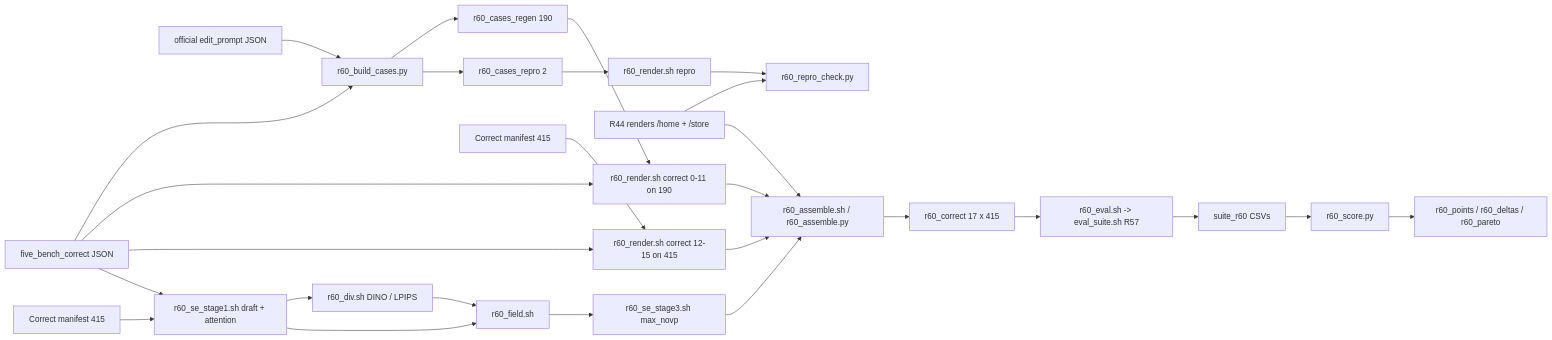
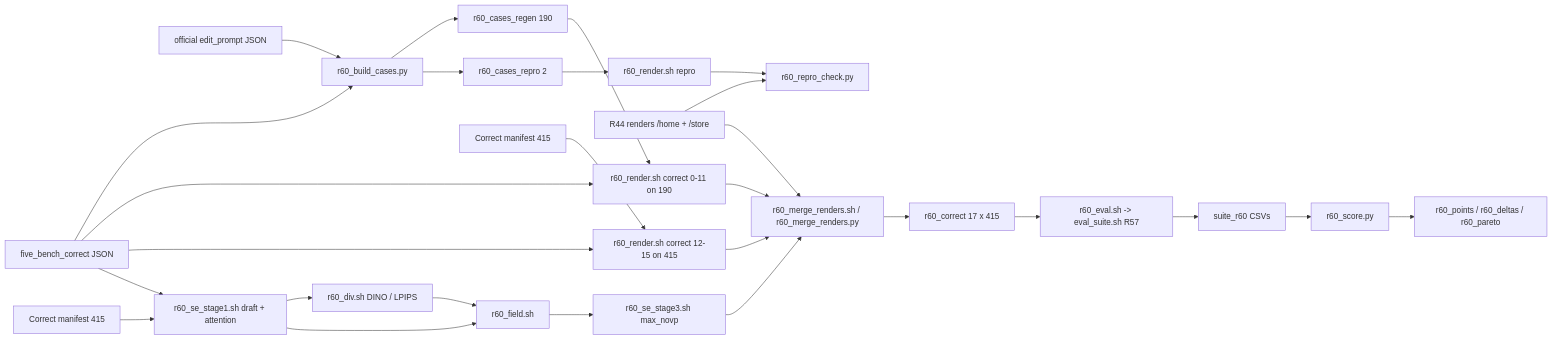
One commit to skhairi2k/StreamEdit_new changed the diagram in .claude/plans/r60-streamedit-text-only-five-correct_83505e30.plan.md. Above: the diagram before and after it, drawn with Mermaid. The commit also changed other lines of this file and 27 other files, not shown here.

````diff
--- a/.claude/plans/r60-streamedit-text-only-five-correct_83505e30.plan.md
+++ b/.claude/plans/r60-streamedit-text-only-five-correct_83505e30.plan.md
@@ -281,27 +284,27 @@
 ```mermaid
 flowchart LR
   A[official edit_prompt JSON] --> B[r60_build_cases.py]
   C[five_bench_correct JSON] --> B
   B --> D[r60_cases_regen 190]
   B --> E[r60_cases_repro 2]
   E --> F[r60_render.sh repro] --> G[r60_repro_check.py]
   R44[R44 renders /home + /store] --> G
   D --> H[r60_render.sh correct 0-11 on 190]
   M2[Correct manifest 415] --> H2[r60_render.sh correct 12-15 on 415]
   C --> H
   C --> H2
   H2 --> AS
   M[Correct manifest 415] --> S1[r60_se_stage1.sh draft + attention]
   C --> S1
   S1 --> DV[r60_div.sh DINO / LPIPS] --> FD[r60_field.sh]
   S1 --> FD
   FD --> S3[r60_se_stage3.sh max_novp]
-  H --> AS[r60_assemble.sh / r60_assemble.py]
+  H --> AS[r60_merge_renders.sh / r60_merge_renders.py]
   S3 --> AS
   R44 --> AS
   AS --> T[r60_correct 17 x 415]
   T --> EV[r60_eval.sh -> eval_suite.sh R57]
   EV --> CSV[suite_r60 CSVs]
   CSV --> SC[r60_score.py]
   SC --> O[r60_points / r60_deltas / r60_pareto]
 ```
````
